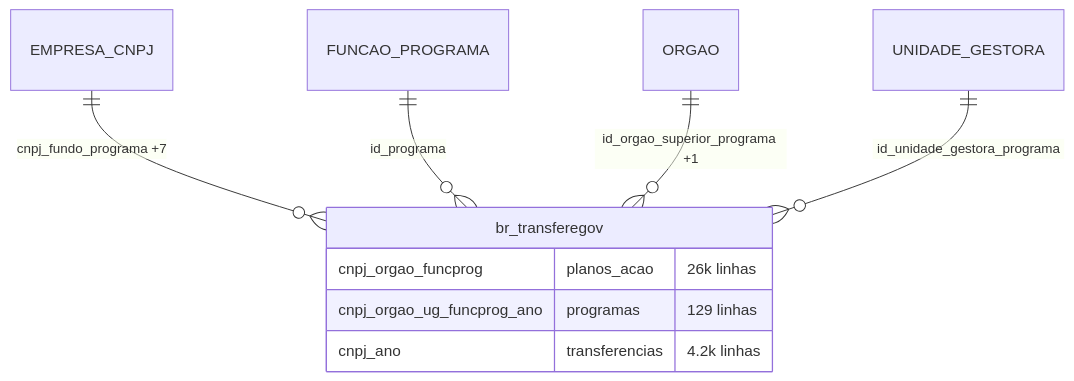
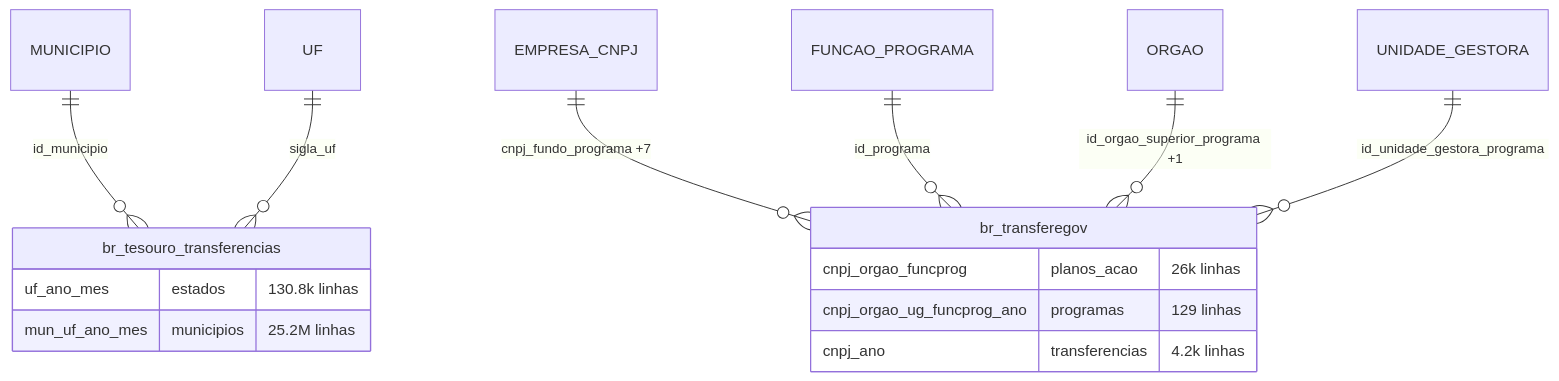
One commit to rafapolo/rodado changed diagram 16 of 37 in docs/mapa/ERD.md. Above: the diagram before and after it, drawn with Mermaid. The commit also changed other lines of this file and 39 other files, not shown here.

````diff
--- a/docs/mapa/ERD.md
+++ b/docs/mapa/ERD.md
@@ -1502,12 +1605,18 @@
 ```mermaid
 erDiagram
+    MUNICIPIO ||--o{ br_tesouro_transferencias : "id_municipio"
+    UF ||--o{ br_tesouro_transferencias : "sigla_uf"
     EMPRESA_CNPJ ||--o{ br_transferegov : "cnpj_fundo_programa +7"
     FUNCAO_PROGRAMA ||--o{ br_transferegov : "id_programa"
     ORGAO ||--o{ br_transferegov : "id_orgao_superior_programa +1"
     UNIDADE_GESTORA ||--o{ br_transferegov : "id_unidade_gestora_programa"
+    br_tesouro_transferencias {
+        uf_ano_mes estados "130.8k linhas"
+        mun_uf_ano_mes municipios "25.2M linhas"
+    }
     br_transferegov {
         cnpj_orgao_funcprog planos_acao "26k linhas"
         cnpj_orgao_ug_funcprog_ano programas "129 linhas"
         cnpj_ano transferencias "4.2k linhas"
     }
 ```
````
